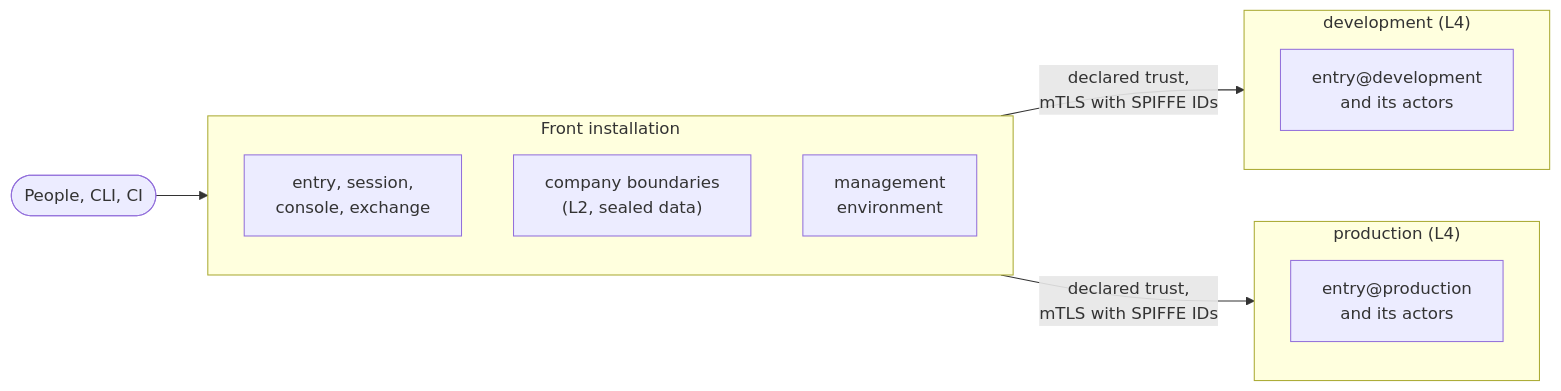
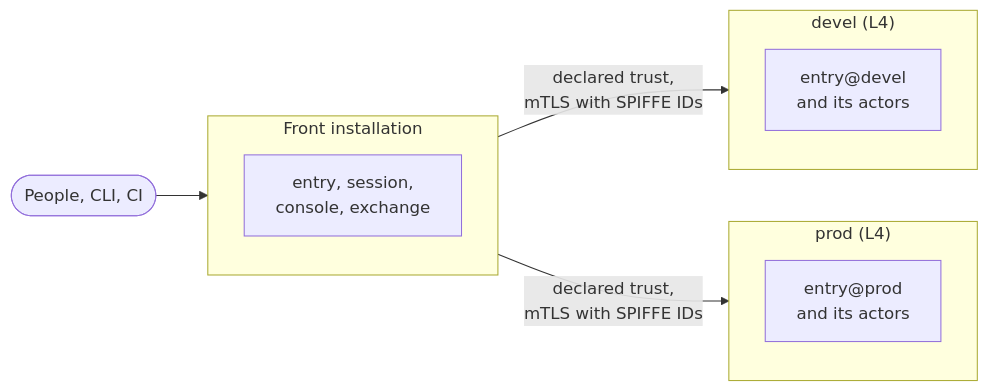
One commit to truvity/access-roster changed the diagram in docs/concepts/boundaries.md. Above: the diagram before and after it, drawn with Mermaid. The commit also changed other lines of this file and 8 other files, not shown here.

````diff
--- a/docs/concepts/boundaries.md
+++ b/docs/concepts/boundaries.md
@@ -45,17 +62,15 @@
 ```mermaid
 flowchart LR
   people(["People, CLI, CI"]) --> front
   subgraph front["Front installation"]
     fe["entry, session,<br/>console, exchange"]
-    co["company boundaries<br/>(L2, sealed data)"]
-    mg["management<br/>environment"]
   end
-  subgraph dev["development (L4)"]
-    de["entry@development<br/>and its actors"]
+  subgraph dev["devel (L4)"]
+    de["entry@devel<br/>and its actors"]
   end
-  subgraph prd["production (L4)"]
-    pe["entry@production<br/>and its actors"]
+  subgraph prd["prod (L4)"]
+    pe["entry@prod<br/>and its actors"]
   end
   front -->|"declared trust,<br/>mTLS with SPIFFE IDs"| dev
   front -->|"declared trust,<br/>mTLS with SPIFFE IDs"| prd
 ```
````
